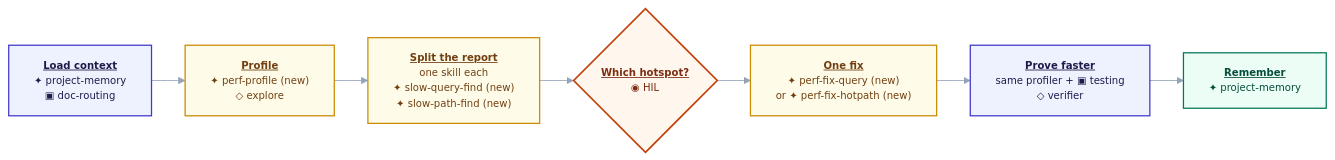
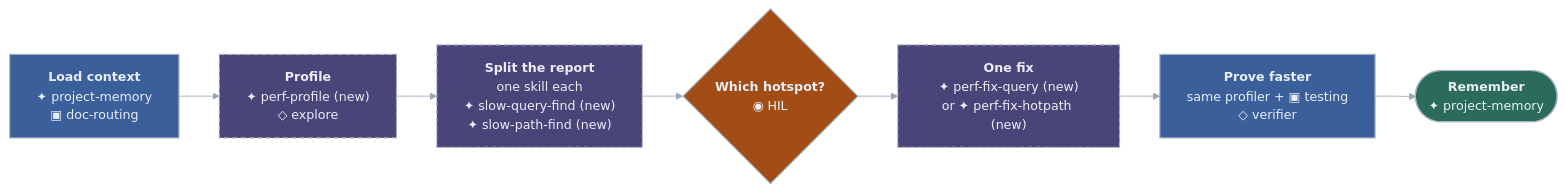
Diagram 14 of 14 in README.md (RaphaelBecker/cursor-harness), drawn with Mermaid before and after one commit. The commit also changed other lines of this file and 12 other files, not shown here.

````diff
--- a/README.md
+++ b/README.md
@@ -873,22 +827,22 @@
 ```mermaid
-%%{init: {"theme":"base","themeVariables":{"fontFamily":"ui-sans-serif,system-ui,sans-serif","fontSize":"12px","lineColor":"#94a3b8"},"flowchart":{"curve":"basis","htmlLabels":true,"nodeSpacing":22,"rankSpacing":40}}}%%
+%%{init: {"theme":"base","themeVariables":{"darkMode":true,"fontFamily":"ui-sans-serif, system-ui, -apple-system, Segoe UI, sans-serif","fontSize":"15px","background":"#2B313C","lineColor":"#9AA6B8","textColor":"#9AA6B8","primaryTextColor":"#E8EEF7","edgeLabelBackground":"#2B313C"},"flowchart":{"curve":"basis","htmlLabels":true,"nodeSpacing":31,"rankSpacing":48,"padding":16,"useMaxWidth":true}}}%%
 flowchart LR
-  p1["<b><u>Load context</u></b><br/>✦ project-memory<br/>▣ doc-routing"]
-  p2["<b><u>Profile</u></b><br/>✦ perf-profile (new)<br/>◇ explore"]
-  p3["<b><u>Split the report</u></b><br/>one skill each<br/>✦ slow-query-find (new)<br/>✦ slow-path-find (new)"]
-  p4{"<b><u>Which hotspot?</u></b><br/>◉ HIL"}
-  p5["<b><u>One fix</u></b><br/>✦ perf-fix-query (new)<br/>or ✦ perf-fix-hotpath (new)"]
-  p6["<b><u>Prove faster</u></b><br/>same profiler + ▣ testing<br/>◇ verifier"]
-  p7["<b><u>Remember</u></b><br/>✦ project-memory"]
+  p1["<b>Load context</b><br/>✦ project-memory<br/>▣ doc-routing"]
+  p2["<b>Profile</b><br/>✦ perf-profile (new)<br/>◇ explore"]
+  p3["<b>Split the report</b><br/>one skill each<br/>✦ slow-query-find (new)<br/>✦ slow-path-find (new)"]
+  p4{"<b>Which hotspot?</b><br/>◉ HIL"}
+  p5["<b>One fix</b><br/>✦ perf-fix-query (new)<br/>or ✦ perf-fix-hotpath (new)"]
+  p6["<b>Prove faster</b><br/>same profiler + ▣ testing<br/>◇ verifier"]
+  p7(["<b>Remember</b><br/>✦ project-memory"])
 
   p1 --> p2 --> p3 --> p4 --> p5 --> p6 --> p7
 
-  classDef skill fill:#eef2ff,stroke:#4338ca,stroke-width:1.5px,color:#1e1b4b
-  classDef proposed fill:#fefce8,stroke:#ca8a04,stroke-width:1.5px,color:#713f12
-  classDef hil fill:#fff7ed,stroke:#c2410c,stroke-width:2px,color:#7c2d12
-  classDef done fill:#ecfdf5,stroke:#047857,stroke-width:1.5px,color:#064e3b
+  classDef skill fill:#3A5F9A,stroke:#A8B4C4,stroke-width:1.4px,color:#E8EEF7
+  classDef proposed fill:#4A4578,stroke:#A8B4C4,stroke-width:1.4px,color:#E8EEF7,stroke-dasharray:6 4
+  classDef hil fill:#A34D16,stroke:#A8B4C4,stroke-width:1.4px,color:#E8EEF7
+  classDef done fill:#2A6B5C,stroke:#A8B4C4,stroke-width:1.4px,color:#E8EEF7
   class p1,p6 skill
   class p2,p3,p5 proposed
   class p4 hil
   class p7 done
 ```
````
